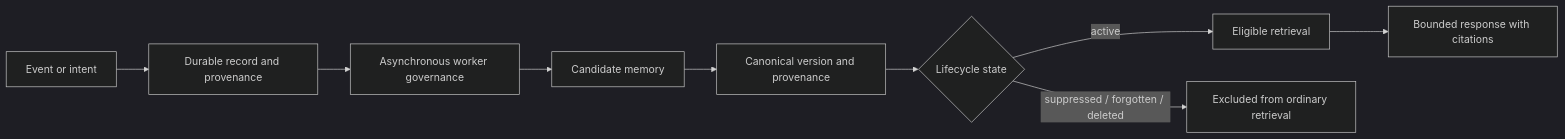
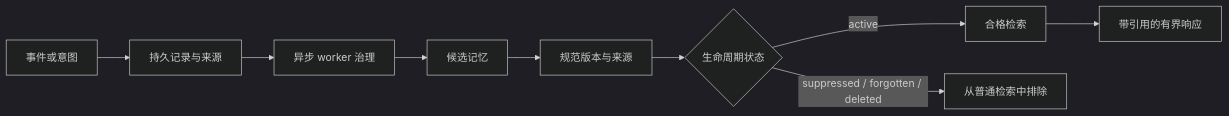
Before and after one commit to FelixSeptem/stele: the third of 3 diagrams in docs/architecture.md, drawn with Mermaid (dark theme). The commit also changed other lines of this file and 38 other files, not shown here.

````diff
--- a/docs/architecture.md
+++ b/docs/architecture.md
@@ -79,11 +67,11 @@
 ```mermaid
 flowchart LR
-    Write[Event or intent] --> Durable[Durable record and provenance]
-    Durable --> Worker[Asynchronous worker governance]
-    Worker --> Candidate[Candidate memory]
-    Candidate --> Version[Canonical version and provenance]
-    Version --> Lifecycle{Lifecycle state}
-    Lifecycle -->|active| Retrieval[Eligible retrieval]
-    Lifecycle -->|suppressed / forgotten / deleted| Excluded[Excluded from ordinary retrieval]
-    Retrieval --> Response[Bounded response with citations]
+    Write[事件或意图] --> Durable[持久记录与来源]
+    Durable --> Worker[异步 worker 治理]
+    Worker --> Candidate[候选记忆]
+    Candidate --> Version[规范版本与来源]
+    Version --> Lifecycle{生命周期状态}
+    Lifecycle -->|active| Retrieval[合格检索]
+    Lifecycle -->|suppressed / forgotten / deleted| Excluded[从普通检索中排除]
+    Retrieval --> Response[带引用的有界响应]
 ```
````
